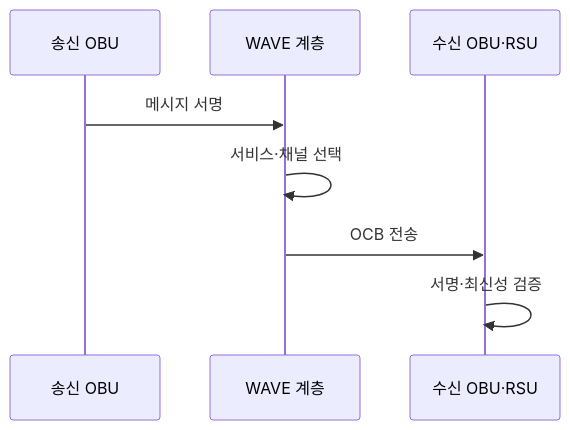
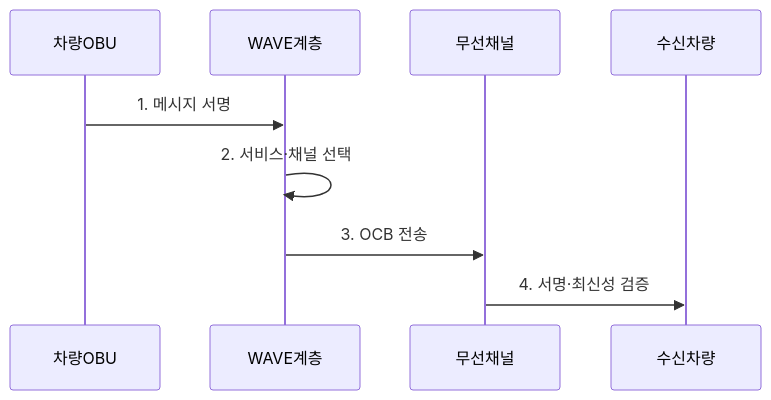
Before and after one commit to agnusdei1207/knowledge-base: the second of 2 diagrams in src/content/docs/notes/04-network/051_ieee_802_11p_wave.md, drawn with Mermaid. The commit also changed other lines of this file and 20 other files, not shown here.

````diff
--- a/src/content/docs/notes/04-network/051_ieee_802_11p_wave.md
+++ b/src/content/docs/notes/04-network/051_ieee_802_11p_wave.md
@@ -85,10 +81,11 @@
 ```mermaid
 sequenceDiagram
-    participant S as 송신 OBU
-    participant M as WAVE 계층
-    participant R as 수신 OBU·RSU
-    S->>M: 메시지 서명
-    M->>M: 서비스·채널 선택
-    M->>R: OCB 전송
-    R->>R: 서명·최신성 검증
+    participant 차량OBU
+    participant WAVE계층
+    participant 무선채널
+    participant 수신차량
+    차량OBU->>WAVE계층: 1. 메시지 서명
+    WAVE계층->>WAVE계층: 2. 서비스·채널 선택
+    WAVE계층->>무선채널: 3. OCB 전송
+    무선채널->>수신차량: 4. 서명·최신성 검증
 ```
````
